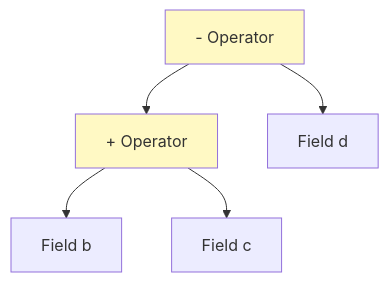
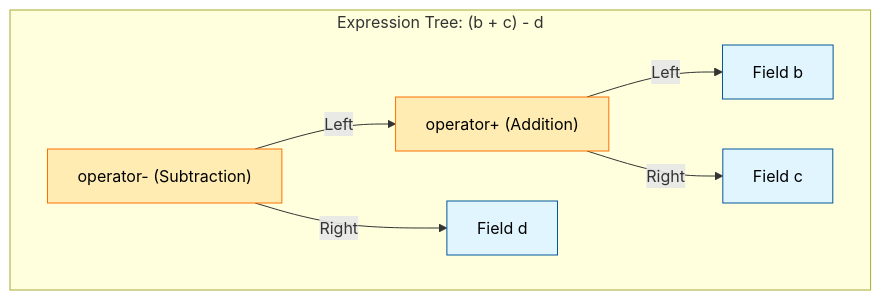
One commit to wramet/build-my-cfd changed the diagram in MODULE_05_OPENFOAM_PROGRAMMING/CONTENT/09_FIELD_ALGEBRA/05_Expression_Templates.md. Above: the diagram before and after it, drawn with Mermaid. The commit also changed 313 other files, not shown here.

Commit message:
Revise all diagram

````diff
--- a/MODULE_05_OPENFOAM_PROGRAMMING/CONTENT/09_FIELD_ALGEBRA/05_Expression_Templates.md
+++ b/MODULE_05_OPENFOAM_PROGRAMMING/CONTENT/09_FIELD_ALGEBRA/05_Expression_Templates.md
@@ -16,12 +16,16 @@
 ```mermaid
 flowchart TD
-    Minus["- Operator"]
-    Plus["+ Operator"]
-    Minus --> Plus
-    Minus --> D["Field d"]
-    Plus --> B["Field b"]
-    Plus --> C["Field c"]
-
-    style Minus fill:#fff9c4
-    style Plus fill:#fff9c4
+classDef operator fill:#ffecb3,stroke:#ff6f00,color:#000
+classDef field fill:#e1f5fe,stroke:#01579b,color:#000
+subgraph Tree ["Expression Tree: (b + c) - d"]
+    Minus["operator- (Subtraction)"]:::operator
+    Plus["operator+ (Addition)"]:::operator
+    FieldD[Field d]:::field
+    FieldB[Field b]:::field
+    FieldC[Field c]:::field
+    Minus -->|Left| Plus
+    Minus -->|Right| FieldD
+    Plus -->|Left| FieldB
+    Plus -->|Right| FieldC
+end
 ```
````
